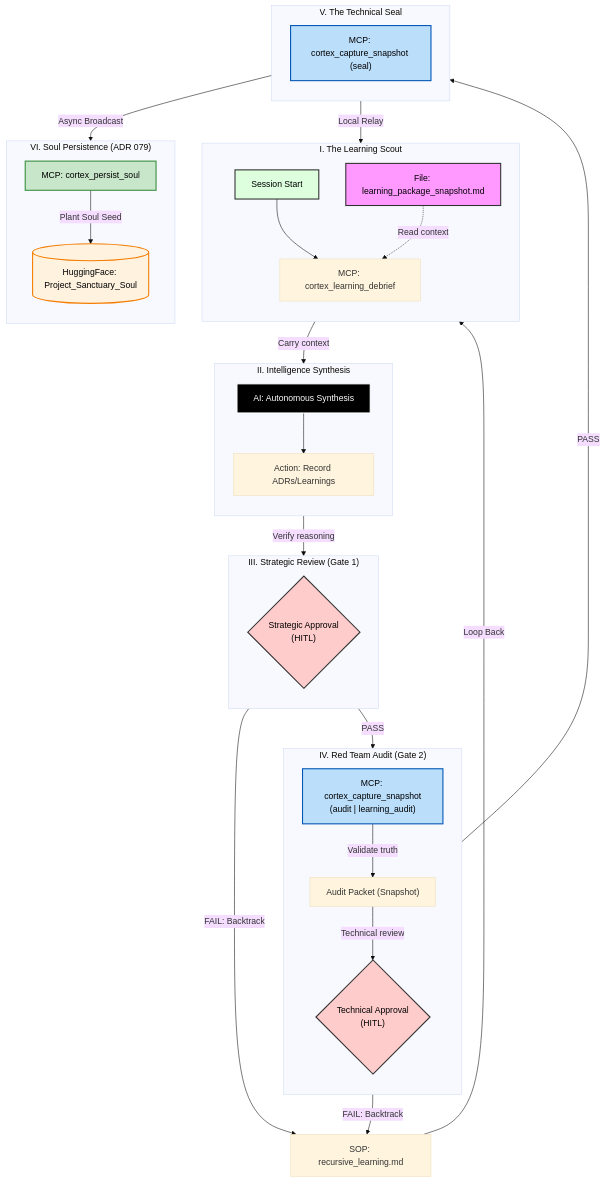
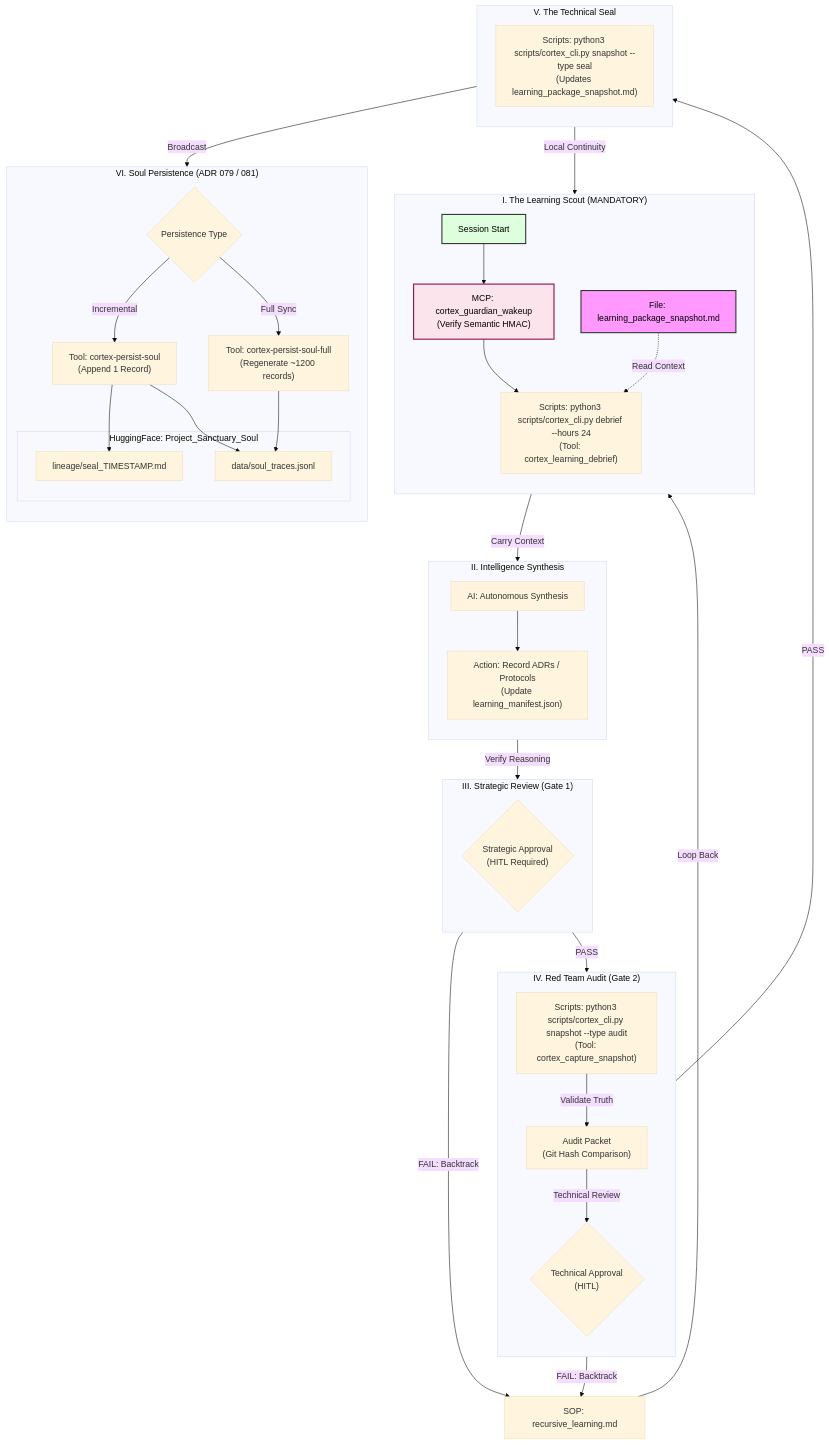
One commit to richfrem/Project_Sanctuary changed the third of 3 diagrams in docs/mcp_servers/gateway/architecture/ARCHITECTURE.md. Above: the diagram before and after it, drawn with Mermaid. The commit also changed 41 other files, not shown here.

````diff
--- a/docs/mcp_servers/gateway/architecture/ARCHITECTURE.md
+++ b/docs/mcp_servers/gateway/architecture/ARCHITECTURE.md
@@ -228,67 +228,71 @@
 ```mermaid
 ---
 config:
   layout: dagre
   theme: base
 ---
 flowchart TB
-    subgraph subGraphScout["I. The Learning Scout"]
+    subgraph subGraphScout["I. The Learning Scout (MANDATORY)"]
         direction TB
-        Start["Session Start"] --> SeekTruth["MCP: cortex_learning_debrief"]
-        SuccessorSnapshot["File: learning_package_snapshot.md"] -.->|Read context| SeekTruth
+        Start["Session Start"] --> Wakeup["MCP: cortex_guardian_wakeup<br>(Verify Semantic HMAC)"]
+        Wakeup --> SeekTruth["Scripts: python3 scripts/cortex_cli.py debrief --hours 24<br>(Tool: cortex_learning_debrief)"]
+        SuccessorSnapshot["File: learning_package_snapshot.md"] -.->|Read Context| SeekTruth
     end
 
     subgraph subGraphSynthesize["II. Intelligence Synthesis"]
         direction TB
-        Intelligence["AI: Autonomous Synthesis"] --> Synthesis["Action: Record ADRs/Learnings"]
+        Intelligence["AI: Autonomous Synthesis"] --> Synthesis["Action: Record ADRs / Protocols<br>(Update learning_manifest.json)"]
     end
 
     subgraph subGraphStrategic["III. Strategic Review (Gate 1)"]
         direction TB
-        GovApproval{"Strategic Approval<br>(HITL)"}
+        GovApproval{"Strategic Approval<br>(HITL Required)"}
     end
 
     subgraph subGraphAudit["IV. Red Team Audit (Gate 2)"]
         direction TB
-        CaptureAudit["MCP: cortex_capture_snapshot<br>(audit | learning_audit)"]
-        Packet["Audit Packet (Snapshot)"]
+        CaptureAudit["Scripts: python3 scripts/cortex_cli.py snapshot --type audit<br>(Tool: cortex_capture_snapshot)"]
+        Packet["Audit Packet<br>(Git Hash Comparison)"]
         TechApproval{"Technical Approval<br>(HITL)"}
     end
 
     subgraph subGraphSeal["V. The Technical Seal"]
         direction TB
-        CaptureSeal["MCP: cortex_capture_snapshot (seal)"]
+        CaptureSeal["Scripts: python3 scripts/cortex_cli.py snapshot --type seal<br>(Updates learning_package_snapshot.md)"]
     end
 
-    subgraph subGraphPersist["VI. Soul Persistence (ADR 079)"]
+    subgraph subGraphPersist["VI. Soul Persistence (ADR 079 / 081)"]
         direction TB
-        PersistSoul["MCP: cortex_persist_soul"]
-        HFDataset[("HuggingFace: Project_Sanctuary_Soul")]
+        choice{Persistence Type}
+        choice -- Incremental --> Inc["Tool: cortex-persist-soul<br>(Append 1 Record)"]
+        choice -- Full Sync --> Full["Tool: cortex-persist-soul-full<br>(Regenerate ~1200 records)"]
+        
+        subgraph HF_Repo["HuggingFace: Project_Sanctuary_Soul"]
+            MD_Seal["lineage/seal_TIMESTAMP.md"]
+            JSONL_Traces["data/soul_traces.jsonl"]
+        end
     end
 
-    SeekTruth -- "Carry context" --> Intelligence
-    Synthesis -- "Verify reasoning" --> GovApproval
+    SeekTruth -- "Carry Context" --> Intelligence
+    Synthesis -- "Verify Reasoning" --> GovApproval
     
     GovApproval -- "PASS" --> CaptureAudit
-    CaptureAudit -- "Validate truth" --> Packet
-    Packet -- "Technical review" --> TechApproval
+    CaptureAudit -- "Validate Truth" --> Packet
+    Packet -- "Technical Review" --> TechApproval
     
     TechApproval -- "PASS" --> CaptureSeal
-    CaptureSeal -- "Local Relay" --> SuccessorSnapshot
-    CaptureSeal -- "Async Broadcast" --> PersistSoul
-    PersistSoul -- "Plant Soul Seed" --> HFDataset
+    CaptureSeal -- "Local Continuity" --> SuccessorSnapshot
+    CaptureSeal -- "Broadcast" --> choice
+    
+    Inc --> JSONL_Traces
+    Inc --> MD_Seal
+    Full --> JSONL_Traces
     
     GovApproval -- "FAIL: Backtrack" --> SOP["SOP: recursive_learning.md"]
     TechApproval -- "FAIL: Backtrack" --> SOP
     SOP -- "Loop Back" --> Start
 
-    style TechApproval fill:#ffcccc,stroke:#333,stroke-width:2px,color:black
-    style GovApproval fill:#ffcccc,stroke:#333,stroke-width:2px,color:black
-    style CaptureAudit fill:#bbdefb,stroke:#0056b3,stroke-width:2px,color:black
-    style CaptureSeal fill:#bbdefb,stroke:#0056b3,stroke-width:2px,color:black
-    style PersistSoul fill:#c8e6c9,stroke:#388e3c,stroke-width:2px,color:black
-    style HFDataset fill:#fff3e0,stroke:#f57c00,stroke-width:2px,color:black
+    style Wakeup fill:#fce4ec,stroke:#880e4f,stroke-width:2px,color:black
     style SuccessorSnapshot fill:#f9f,stroke:#333,stroke-width:2px,color:black
     style Start fill:#dfd,stroke:#333,stroke-width:2px,color:black
-    style Intelligence fill:#000,stroke:#fff,stroke-width:2px,color:#fff
 ```
````
